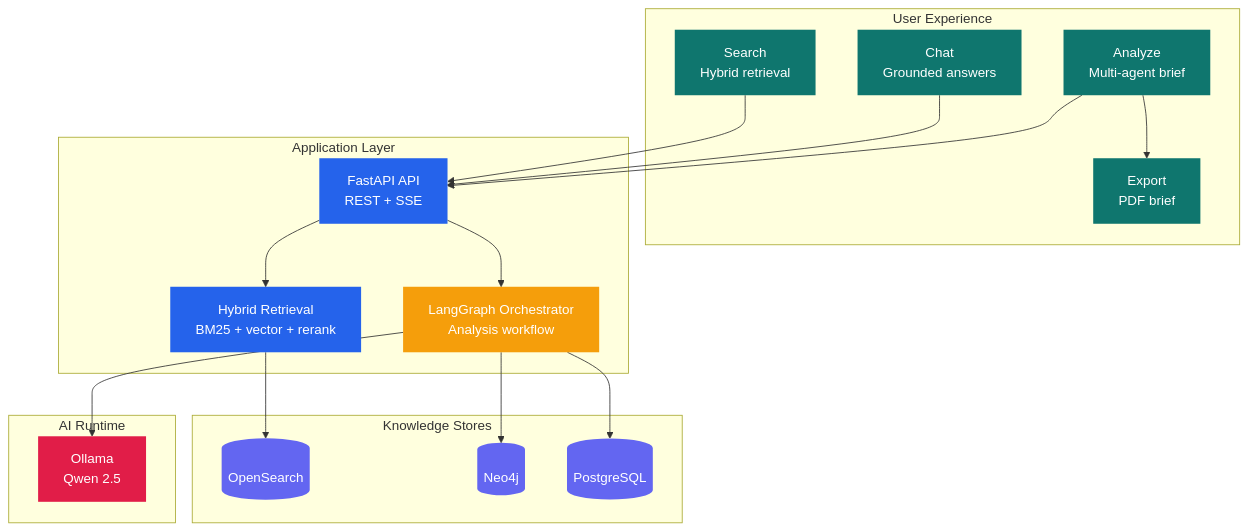
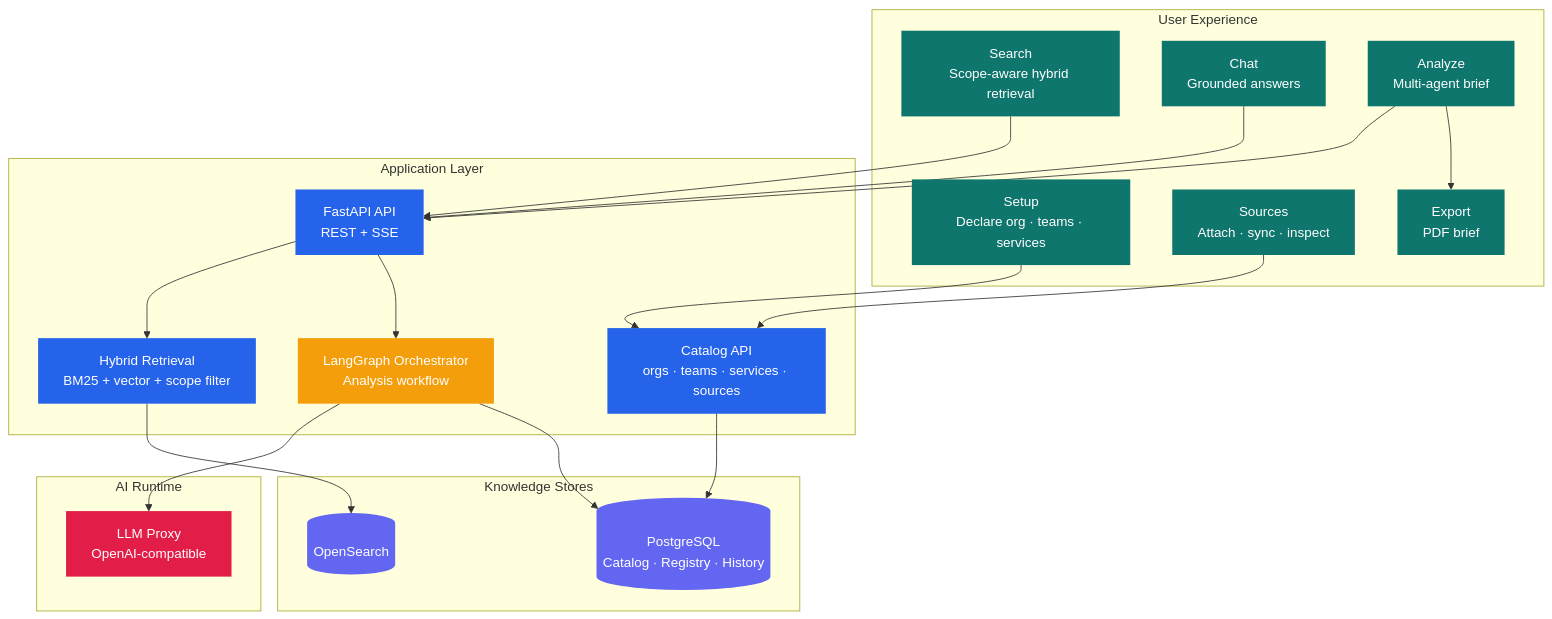
The first of 2 diagrams in README.md (gurungabit/prism), drawn with Mermaid before and after one commit. The commit also changed other lines of this file and 261 other files, not shown here.

First line of the commit message:
feat(catalog): declarative org/team/service/source model + drop legacy seed

````diff
--- a/README.md
+++ b/README.md
@@ -7,48 +10,52 @@
 ```mermaid
 graph TB
     subgraph UX["User Experience"]
-        SEARCH["Search<br/>Hybrid retrieval"]
+        SETUP["Setup<br/>Declare org · teams · services"]
+        SEARCH["Search<br/>Scope-aware hybrid retrieval"]
         CHAT["Chat<br/>Grounded answers"]
         ANALYZE["Analyze<br/>Multi-agent brief"]
+        SOURCES["Sources<br/>Attach · sync · inspect"]
         EXPORT["Export<br/>PDF brief"]
     end
 
     subgraph APP["Application Layer"]
         API["FastAPI API<br/>REST + SSE"]
+        CATAPI["Catalog API<br/>orgs · teams · services · sources"]
         ORC["LangGraph Orchestrator<br/>Analysis workflow"]
-        RET["Hybrid Retrieval<br/>BM25 + vector + rerank"]
+        RET["Hybrid Retrieval<br/>BM25 + vector + scope filter"]
     end
 
     subgraph DATA["Knowledge Stores"]
         OS[(OpenSearch)]
-        N4J[(Neo4j)]
-        PG[(PostgreSQL)]
+        PG[(PostgreSQL<br/>Catalog · Registry · History)]
     end
 
     subgraph AI["AI Runtime"]
-        OLLAMA["Ollama<br/>Qwen 2.5"]
+        OLLAMA["LLM Proxy<br/>OpenAI-compatible"]
     end
 
+    SETUP --> CATAPI
+    SOURCES --> CATAPI
     SEARCH --> API
     CHAT --> API
     ANALYZE --> API
     API --> RET
     API --> ORC
+    CATAPI --> PG
     ORC --> OLLAMA
     RET --> OS
-    ORC --> N4J
     ORC --> PG
     ANALYZE --> EXPORT
 
     classDef ux fill:#0f766e,color:#fff,stroke:none;
     classDef app fill:#2563eb,color:#fff,stroke:none;
     classDef agent fill:#f59e0b,color:#fff,stroke:none;
     classDef data fill:#6366f1,color:#fff,stroke:none;
     classDef ai fill:#e11d48,color:#fff,stroke:none;
 
-    class SEARCH,CHAT,ANALYZE,EXPORT ux;
-    class API,RET app;
+    class SETUP,SEARCH,CHAT,ANALYZE,SOURCES,EXPORT ux;
+    class API,CATAPI,RET app;
     class ORC agent;
-    class OS,N4J,PG data;
+    class OS,PG data;
     class OLLAMA ai;
 ```
````
